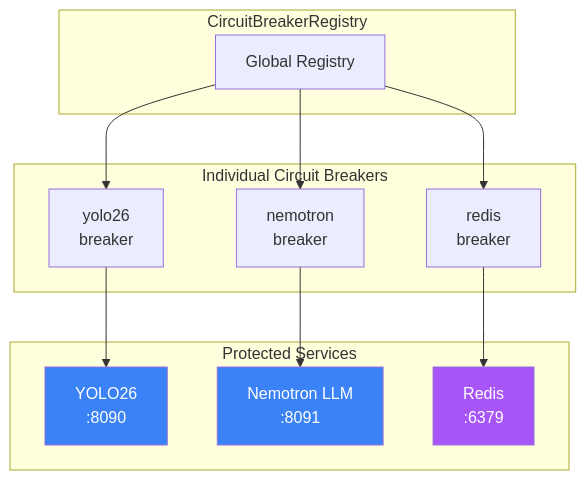
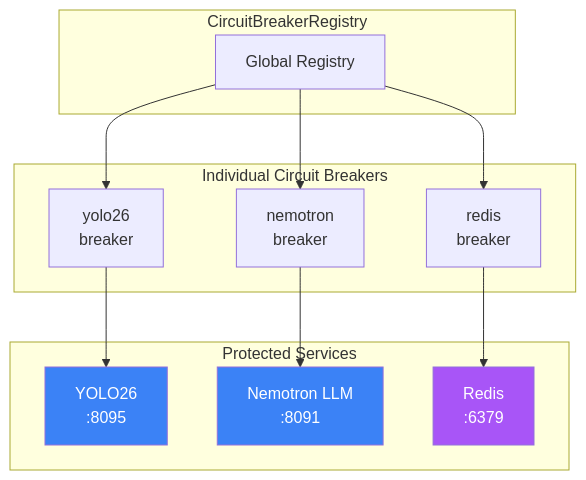
One commit to mikesvoboda/nemotron-v3-home-security-intelligence changed the third of 15 diagrams in docs/architecture/resilience.md. Above: the diagram before and after it, drawn with Mermaid. The commit also changed other lines of this file and 206 other files, not shown here.

````diff
--- a/docs/architecture/resilience.md
+++ b/docs/architecture/resilience.md
@@ -235,30 +236,30 @@
 ```mermaid
 flowchart TB
     subgraph Registry["CircuitBreakerRegistry"]
         R[Global Registry]
     end
 
     subgraph Breakers["Individual Circuit Breakers"]
         B1[yolo26<br/>breaker]
         B2[nemotron<br/>breaker]
         B3[redis<br/>breaker]
     end
 
     subgraph Services["Protected Services"]
-        S1[YOLO26<br/>:8090]
+        S1[YOLO26<br/>:8095]
         S2[Nemotron LLM<br/>:8091]
         S3[Redis<br/>:6379]
     end
 
     R --> B1
     R --> B2
     R --> B3
 
     B1 --> S1
     B2 --> S2
     B3 --> S3
 
     style S1 fill:#3B82F6,color:#fff
     style S2 fill:#3B82F6,color:#fff
     style S3 fill:#A855F7,color:#fff
 ```
````
